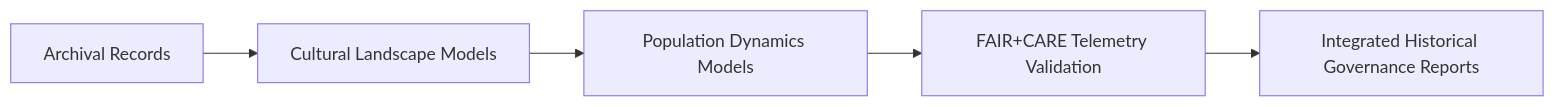
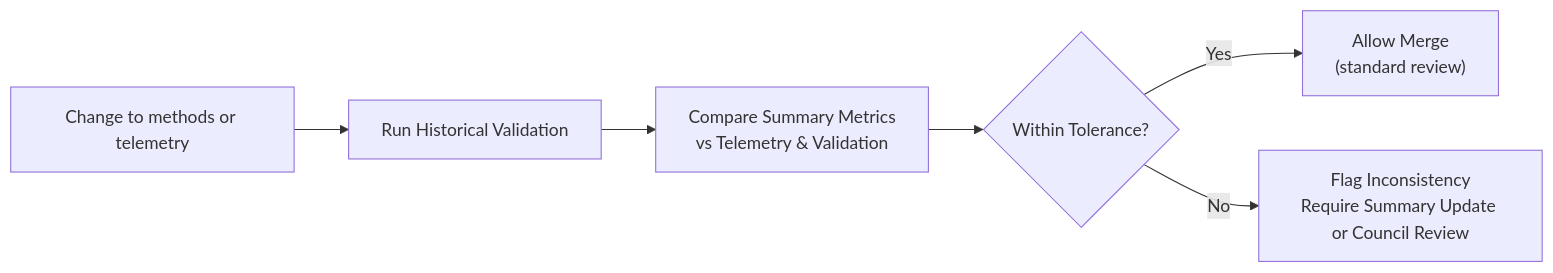
Before and after one commit to bartytime4life/Kansas-Frontier-Matrix: the diagram in docs/analyses/historical/methods/summary-findings.md, drawn with Mermaid. The commit also changed other lines of this file, not shown here.

````diff
--- a/docs/analyses/historical/methods/summary-findings.md
+++ b/docs/analyses/historical/methods/summary-findings.md
@@ -75,7 +322,9 @@
 ```mermaid
 flowchart LR
-A["Archival Records"] --> B["Cultural Landscape Models"]
-B --> C["Population Dynamics Models"]
-C --> D["FAIR+CARE Telemetry Validation"]
-D --> E["Integrated Historical Governance Reports"]
+    A["Change to methods or telemetry"]
+        --> B["Run Historical Validation"]
+    B --> C["Compare Summary Metrics\nvs Telemetry & Validation"]
+    C --> D{"Within Tolerance?"}
+    D -->|Yes| E["Allow Merge\n(standard review)"]
+    D -->|No| F["Flag Inconsistency\nRequire Summary Update or Council Review"]
 ```
````
